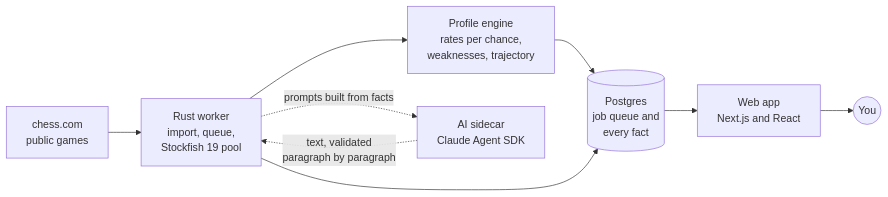
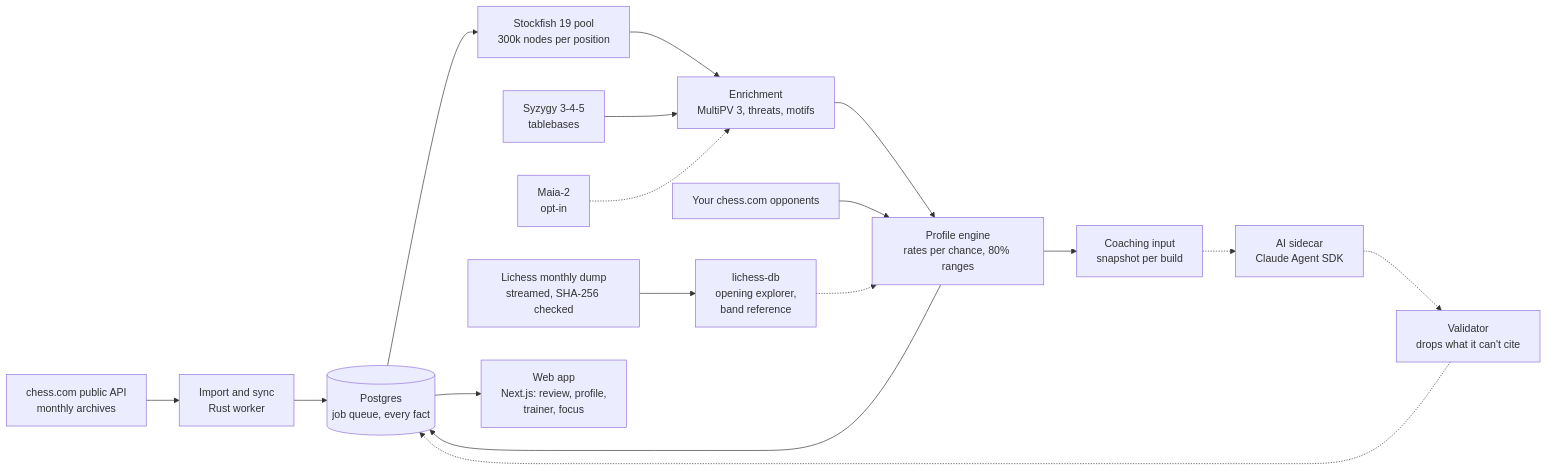
The diagram in README.md (Terkea/rematch), drawn with Mermaid before and after one commit. The commit also changed other lines of this file, not shown here.

````diff
--- a/README.md
+++ b/README.md
@@ -73,11 +75,19 @@
 ```mermaid
 flowchart LR
-  cc["chess.com<br/>public games"] --> worker["Rust worker<br/>import, queue,<br/>Stockfish 19 pool"]
-  worker --> profile["Profile engine<br/>rates per chance,<br/>weaknesses, trajectory"]
-  profile --> pg[("Postgres<br/>job queue and<br/>every fact")]
-  worker --> pg
-  pg --> web["Web app<br/>Next.js and React"]
-  web --> you(("You"))
-  worker -. "prompts built from facts" .-> ai["AI sidecar<br/>Claude Agent SDK"]
-  ai -. "text, validated<br/>paragraph by paragraph" .-> worker
+  cc["chess.com public API<br/>monthly archives"] --> imp["Import and sync<br/>Rust worker"]
+  imp --> pg[("Postgres<br/>job queue, every fact")]
+  pg --> sf["Stockfish 19 pool<br/>300k nodes per position"]
+  sf --> enr["Enrichment<br/>MultiPV 3, threats, motifs"]
+  tb["Syzygy 3-4-5<br/>tablebases"] --> enr
+  maia["Maia-2<br/>opt-in"] -.-> enr
+  enr --> prof["Profile engine<br/>rates per chance, 80% ranges"]
+  opp["Your chess.com opponents"] --> prof
+  dump["Lichess monthly dump<br/>streamed, SHA-256 checked"] --> ldb["lichess-db<br/>opening explorer,<br/>band reference"]
+  ldb -.-> prof
+  prof --> ci["Coaching input<br/>snapshot per build"]
+  ci -.-> ai["AI sidecar<br/>Claude Agent SDK"]
+  ai -.-> val["Validator<br/>drops what it can't cite"]
+  val -.-> pg
+  prof --> pg
+  pg --> web["Web app<br/>Next.js: review, profile,<br/>trainer, focus"]
 ```
````
